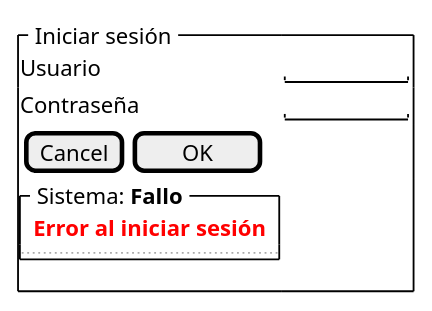
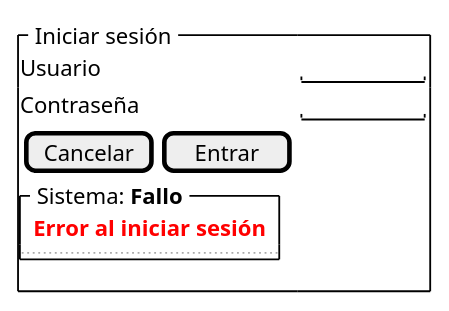
The diagram in documents/casos-de-uso/prototipadoCasosDeUso/iniciarSesion/iniciarSesionError.puml (martinlopez7/25-26-IdSw1-SdR), drawn with PlantUML before and after one commit. The commit also changed 4 other files, not shown here.

```diff
--- a/documents/casos-de-uso/prototipadoCasosDeUso/iniciarSesion/iniciarSesionError.puml
+++ b/documents/casos-de-uso/prototipadoCasosDeUso/iniciarSesion/iniciarSesionError.puml
@@ -1,19 +1,19 @@
 @startsalt
 {
     {^" Iniciar sesión "
     
         Usuario    | "        "
         Contraseña | "        "
         
         {
-            [Cancel] | [  OK    ]
+            [Cancelar] | [ Entrar ]
         }
         {^" Sistema: **Fallo** "
         <color:red><b>  Error al iniciar sesión  </b></color>
         ....
         }
 
     }
     
 }
 @endsalt
```
